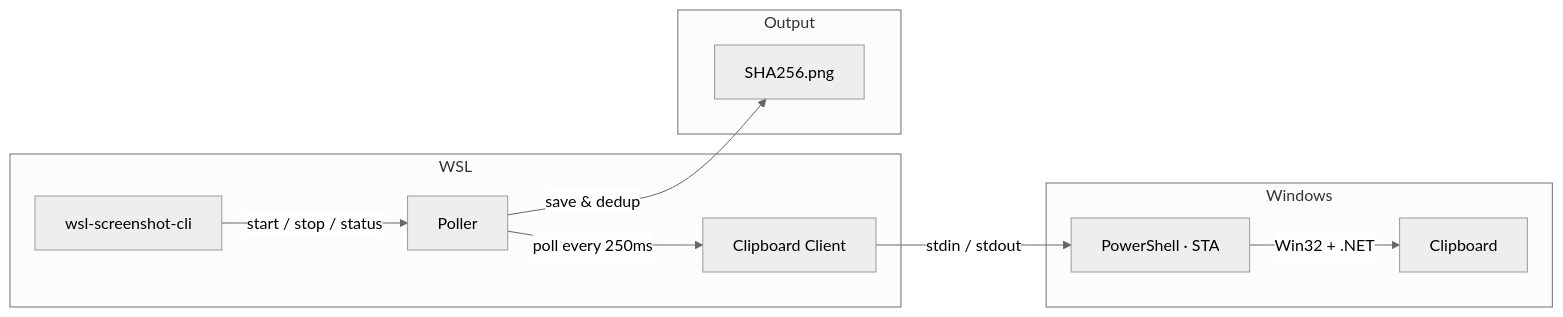
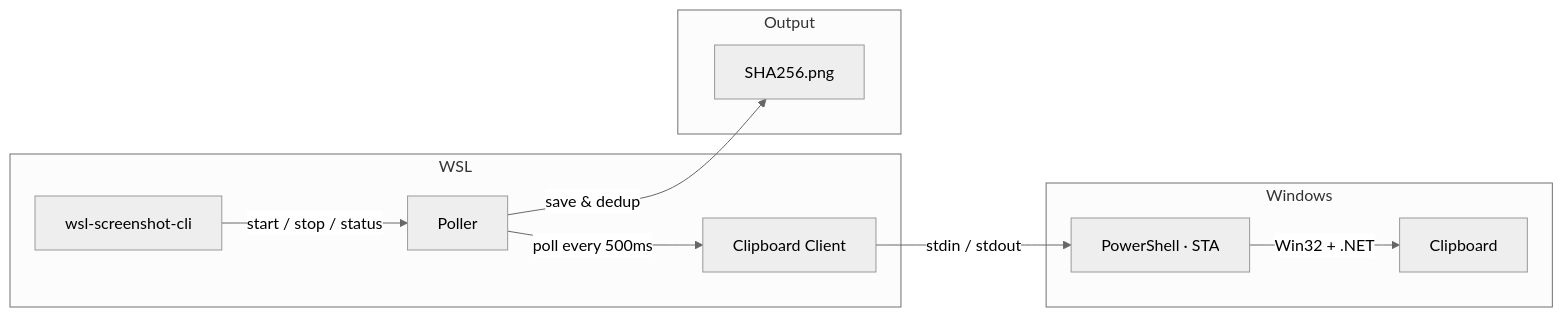
Before and after one commit to Nailuu/wsl-screenshot-cli: the diagram in README.md, drawn with Mermaid (neutral theme). The commit also changed other lines of this file and 4 other files, not shown here.

````diff
--- a/README.md
+++ b/README.md
@@ -47,23 +50,23 @@
 ```mermaid
 graph LR
     subgraph WSL
         CLI["wsl-screenshot-cli"]
         Poller
         GoClient["Clipboard Client"]
     end
 
     subgraph Windows
         PS["PowerShell · STA"]
         CB["Clipboard"]
     end
 
     subgraph Output
         PNG["SHA256.png"]
     end
 
     CLI -- "start / stop / status" --> Poller
-    Poller -- "poll every 250ms" --> GoClient
+    Poller -- "poll every 500ms" --> GoClient
     GoClient -- "stdin / stdout" --> PS
     PS -- "Win32 + .NET" --> CB
     Poller -- "save & dedup" --> PNG
 ```
````
